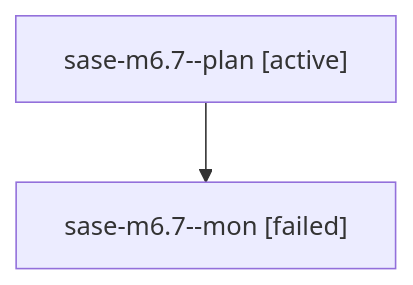
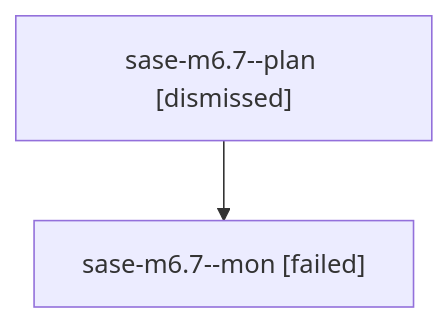
The diagram in sessions/bbugyi200.athena.sase-m6.7.md (sase-org/sase--agents), drawn with Mermaid before and after one commit. The commit also changed other lines of this file and 187 other files, not shown here.

````diff
--- a/sessions/bbugyi200.athena.sase-m6.7.md
+++ b/sessions/bbugyi200.athena.sase-m6.7.md
@@ -9,6 +9,6 @@
 ```mermaid
 flowchart TD
-  n0["sase-m6.7--plan [active]"]
+  n0["sase-m6.7--plan [dismissed]"]
   n1["sase-m6.7--mon [failed]"]
   n0 --> n1
 ```
````
